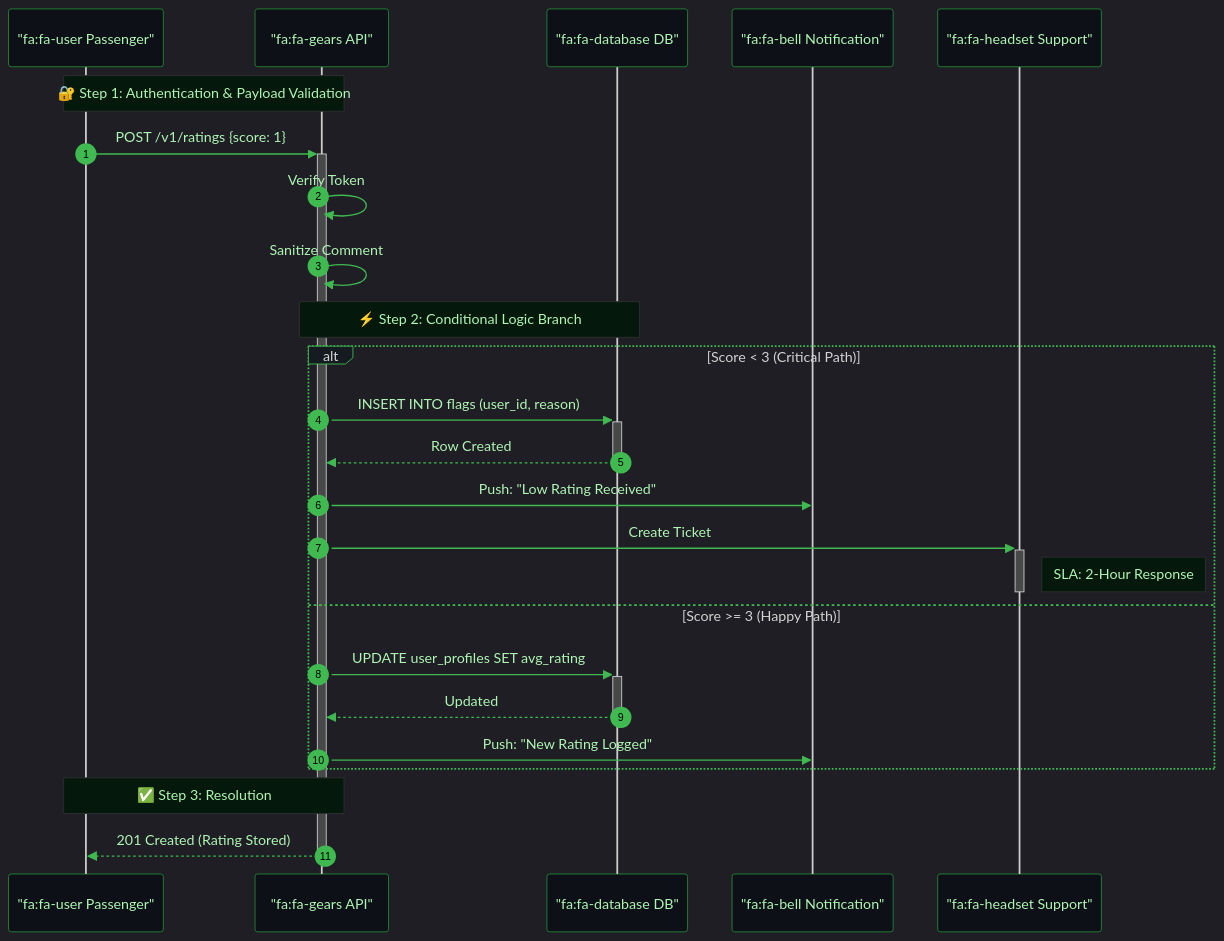
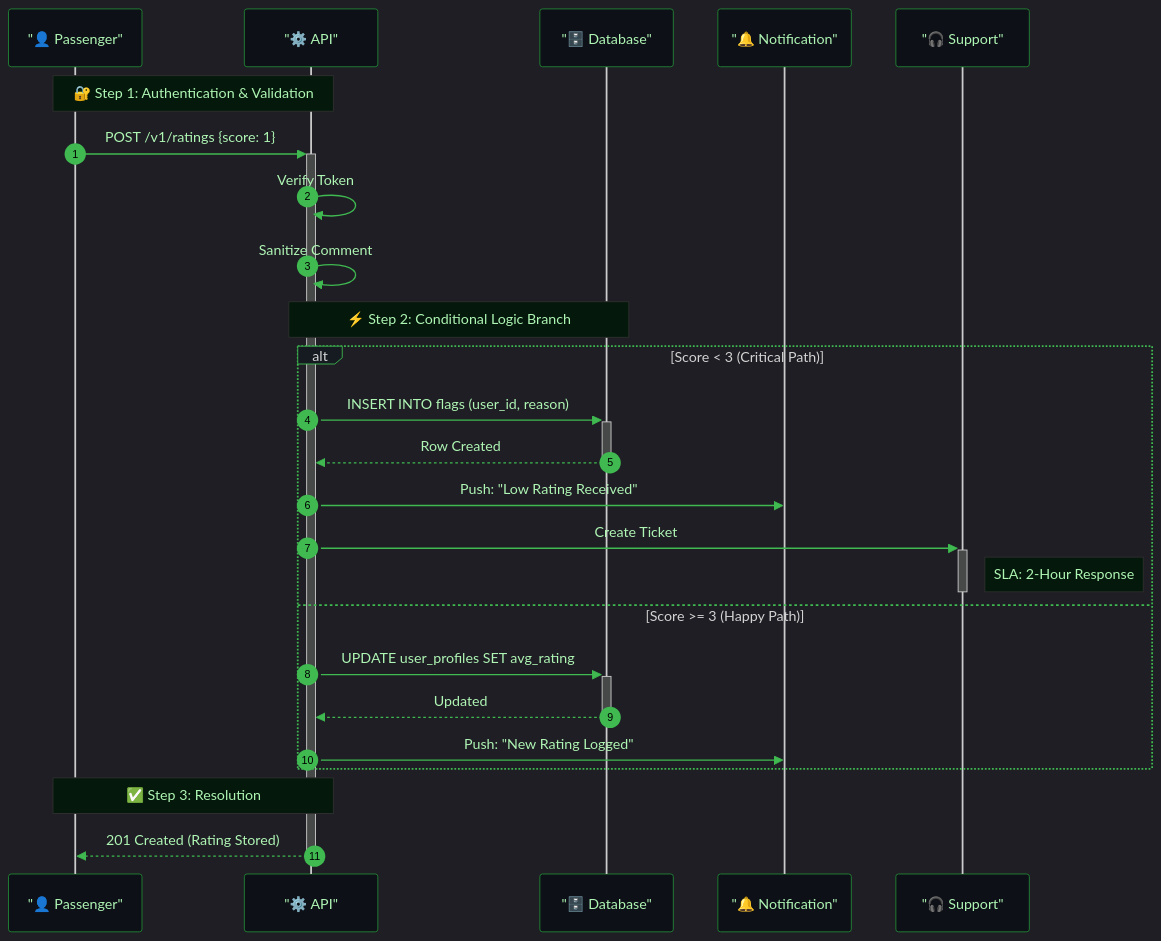
Diagram 13 of 19 in docs/BUSINESS_PROCESSES.md (abdoElHodaky/transportapp), drawn with Mermaid before and after one commit.

````diff
--- a/docs/BUSINESS_PROCESSES.md
+++ b/docs/BUSINESS_PROCESSES.md
@@ -993,57 +993,56 @@
 ```mermaid
  %%{init: {
   "theme": "dark",
   "themeVariables": {
     "darkMode": true,
     "background": "#0d1117",
     "primaryColor": "#0d1117",
     "primaryTextColor": "#aff5b4",
     "primaryBorderColor": "#238636",
     "lineColor": "#3fb950",
     "signalColor": "#3fb950",
     "signalTextColor": "#aff5b4",
     "labelBoxBkgColor": "#161b22",
     "labelBoxBorderColor": "#3fb950",
     "noteBkgColor": "#04190b",
     "noteTextColor": "#aff5b4",
     "actorBkg": "#0d1117",
     "actorBorder": "#238636",
     "actorTextColor": "#aff5b4"
   }
 }}%%
 sequenceDiagram
     autonumber
-    participant P as "fa:fa-user Passenger"
-    participant A as "fa:fa-gears API"
-    participant DB as "fa:fa-database DB"
-    participant N as "fa:fa-bell Notification"
-    participant CS as "fa:fa-headset Support"
+    participant P as "👤 Passenger"
+    participant A as "⚙️ API"
+    participant DB as "🗄️ Database"
+    participant N as "🔔 Notification"
+    participant CS as "🎧 Support"
 
-    Note over P,A: 🔐 Step 1: Authentication & Payload Validation
-
+    Note over P,A: 🔐 Step 1: Authentication & Validation
     P->>+A: POST /v1/ratings {score: 1}
     A->>A: Verify Token
     A->>A: Sanitize Comment
     
     Note over A,DB: ⚡ Step 2: Conditional Logic Branch
 
     alt Score < 3 (Critical Path)
         A->>+DB: INSERT INTO flags (user_id, reason)
         DB-->>-A: Row Created
         A->>N: Push: "Low Rating Received"
         A->>+CS: Create Ticket #RTG-104
         Note right of CS: SLA: 2-Hour Response
         deactivate CS
     else Score >= 3 (Happy Path)
         A->>+DB: UPDATE user_profiles SET avg_rating
         DB-->>-A: Updated
         A->>N: Push: "New Rating Logged"
     end
     
     Note over A,P: ✅ Step 3: Resolution
     
     A-->>-P: 201 Created (Rating Stored)
     
 
 
 ```
````
